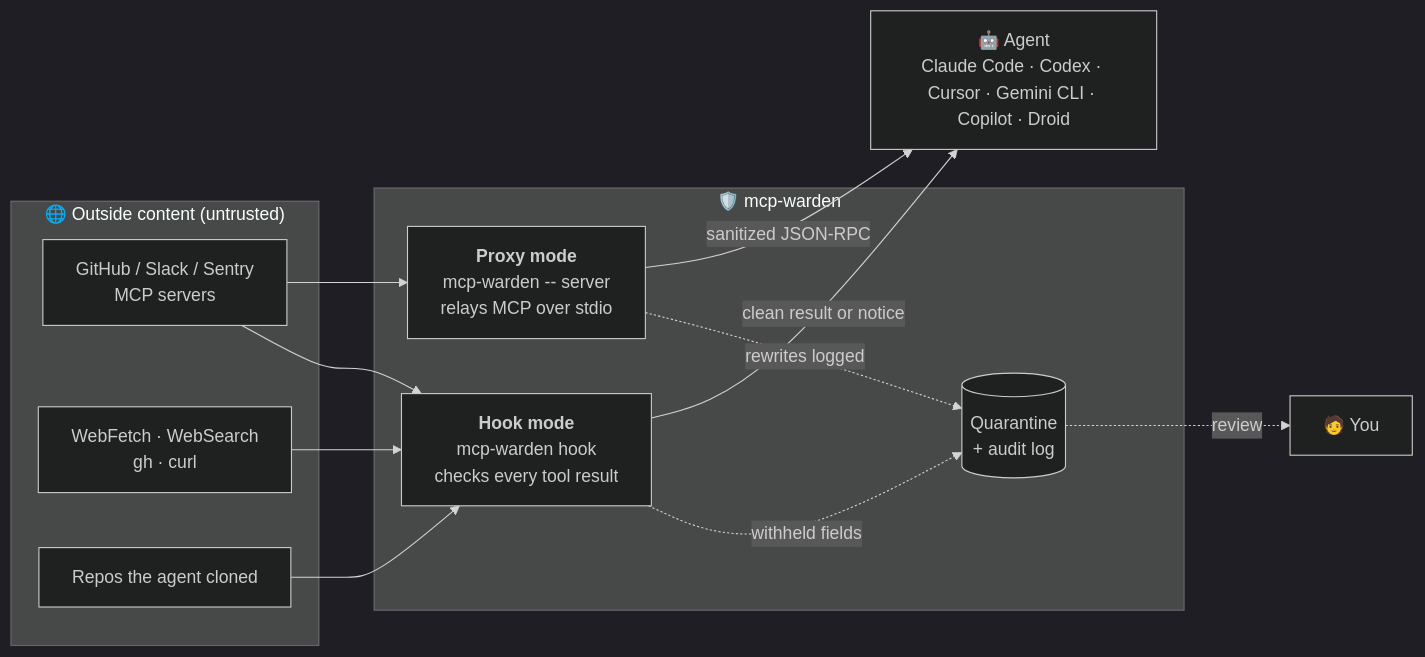
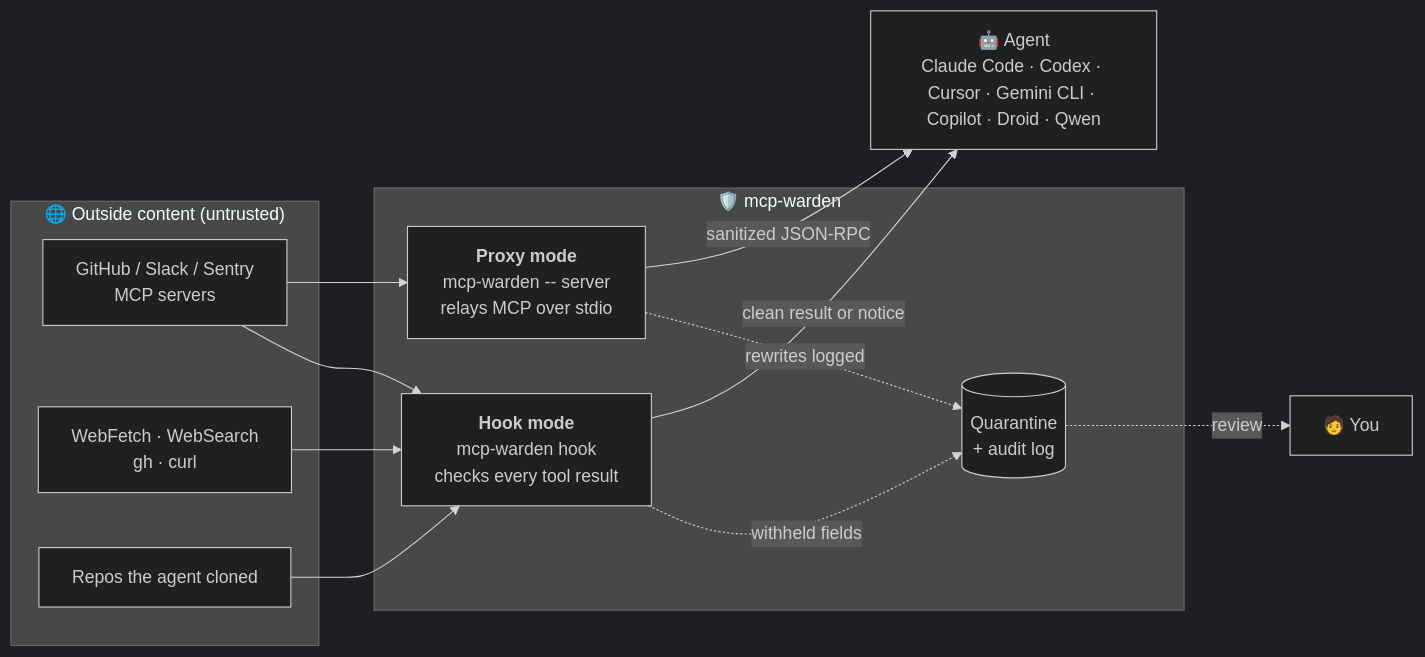
Before and after one commit to AncientiCe/mcp-warden: the first of 4 diagrams in README.md, drawn with Mermaid (dark theme). The commit also changed other lines of this file and 6 other files, not shown here.

First line of the commit message:
Add Qwen Code hook support

````diff
--- a/README.md
+++ b/README.md
@@ -102,27 +102,27 @@
 ```mermaid
 flowchart LR
     subgraph Outside["🌐 Outside content (untrusted)"]
         GH["GitHub / Slack / Sentry<br/>MCP servers"]
         WEB["WebFetch · WebSearch<br/>gh · curl"]
         CLONE["Repos the agent cloned"]
     end
 
     subgraph Warden["🛡️ mcp-warden"]
         HOOK["<b>Hook mode</b><br/>mcp-warden hook<br/>checks every tool result"]
         PROXY["<b>Proxy mode</b><br/>mcp-warden -- server<br/>relays MCP over stdio"]
         Q[("Quarantine<br/>+ audit log")]
     end
 
-    AGENT["🤖 Agent<br/>Claude Code · Codex · Cursor · Gemini CLI · Copilot · Droid"]
+    AGENT["🤖 Agent<br/>Claude Code · Codex · Cursor · Gemini CLI · Copilot · Droid · Qwen"]
     YOU["🧑 You"]
 
     GH --> PROXY
     GH --> HOOK
     WEB --> HOOK
     CLONE --> HOOK
     HOOK -- "clean result or notice" --> AGENT
     PROXY -- "sanitized JSON-RPC" --> AGENT
     HOOK -. "withheld fields" .-> Q
     PROXY -. "rewrites logged" .-> Q
     Q -. "review" .-> YOU
 ```
````
